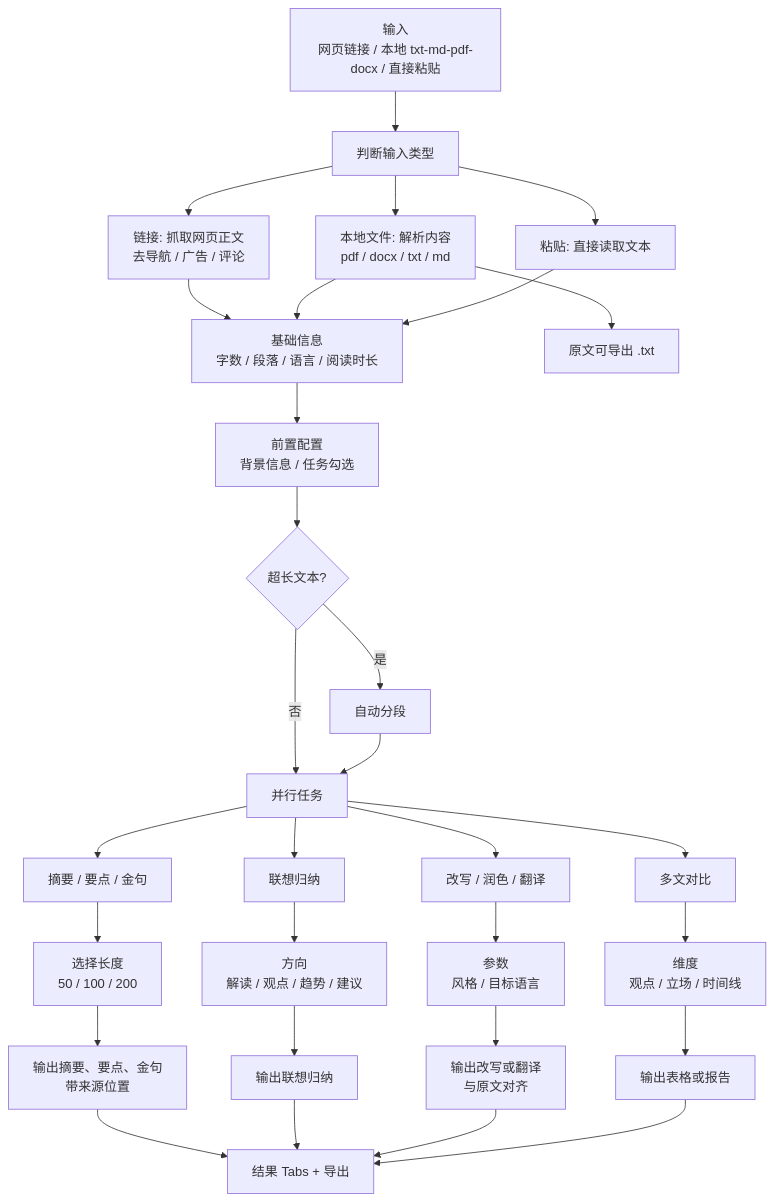
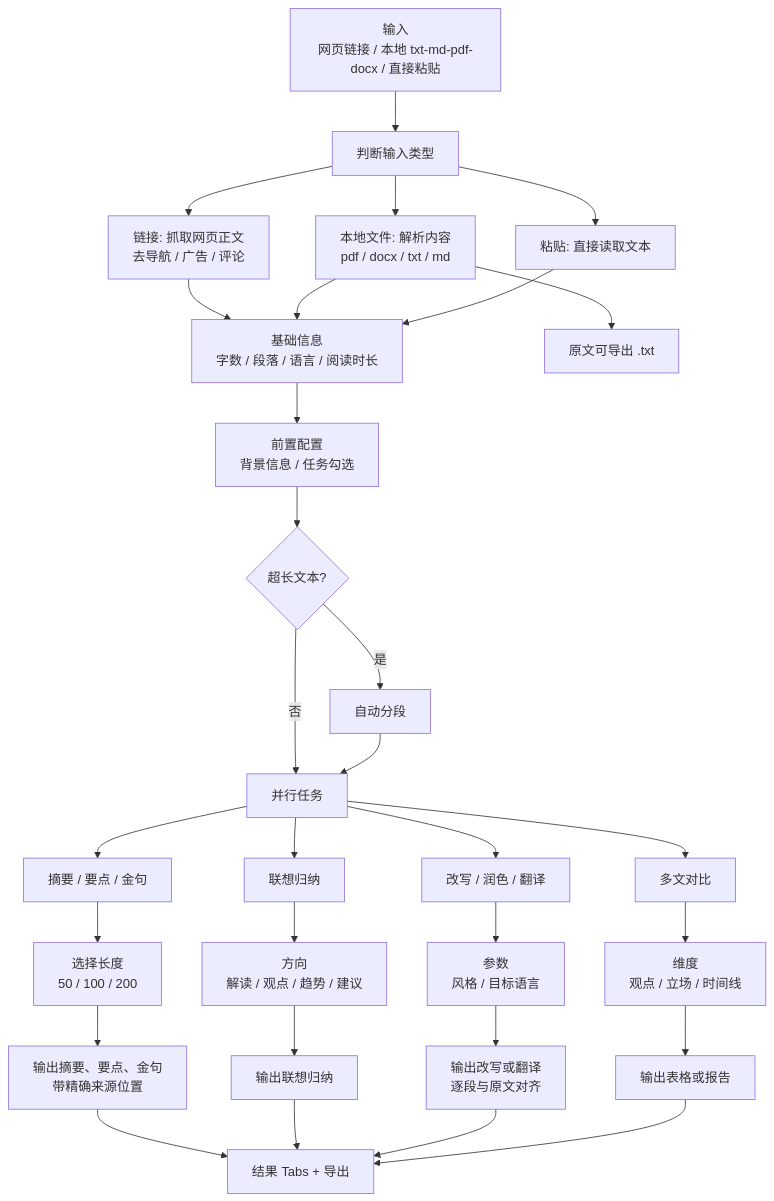
One commit to garyconan1224/nibi changed the diagram in docs/flows/text.md. Above: the diagram before and after it, drawn with Mermaid. The commit also changed other lines of this file and 5 other files, not shown here.

````diff
--- a/docs/flows/text.md
+++ b/docs/flows/text.md
@@ -15,36 +15,36 @@
 ```mermaid
 flowchart TD
   IN["输入<br/>网页链接 / 本地 txt-md-pdf-docx / 直接粘贴"] --> TYPE["判断输入类型"]
   TYPE --> URL["链接: 抓取网页正文<br/>去导航 / 广告 / 评论"]
   TYPE --> FILE["本地文件: 解析内容<br/>pdf / docx / txt / md"]
   TYPE --> PASTE["粘贴: 直接读取文本"]
   URL --> BASE["基础信息<br/>字数 / 段落 / 语言 / 阅读时长"]
   FILE --> BASE
   PASTE --> BASE
   FILE --> ORIG["原文可导出 .txt"]
 
   BASE --> PRE["前置配置<br/>背景信息 / 任务勾选"]
   PRE --> LONG{"超长文本?"}
   LONG -->|是| SPLIT["自动分段"]
   LONG -->|否| TASKS["并行任务"]
   SPLIT --> TASKS
 
   TASKS --> SUM["摘要 / 要点 / 金句"]
   TASKS --> ASSOC["联想归纳"]
   TASKS --> RW["改写 / 润色 / 翻译"]
   TASKS --> CMP["多文对比"]
 
   SUM --> SLEN["选择长度<br/>50 / 100 / 200"]
-  SLEN --> SOUT["输出摘要、要点、金句<br/>带来源位置"]
+  SLEN --> SOUT["输出摘要、要点、金句<br/>带精确来源位置"]
   ASSOC --> ADIR["方向<br/>解读 / 观点 / 趋势 / 建议"]
   ADIR --> AOUT["输出联想归纳"]
   RW --> PARAM["参数<br/>风格 / 目标语言"]
-  PARAM --> ROUT["输出改写或翻译<br/>与原文对齐"]
+  PARAM --> ROUT["输出改写或翻译<br/>逐段与原文对齐"]
   CMP --> CDIM["维度<br/>观点 / 立场 / 时间线"]
   CDIM --> COUT["输出表格或报告"]
 
   SOUT --> RESULT["结果 Tabs + 导出"]
   AOUT --> RESULT
   ROUT --> RESULT
   COUT --> RESULT
 ```
````
